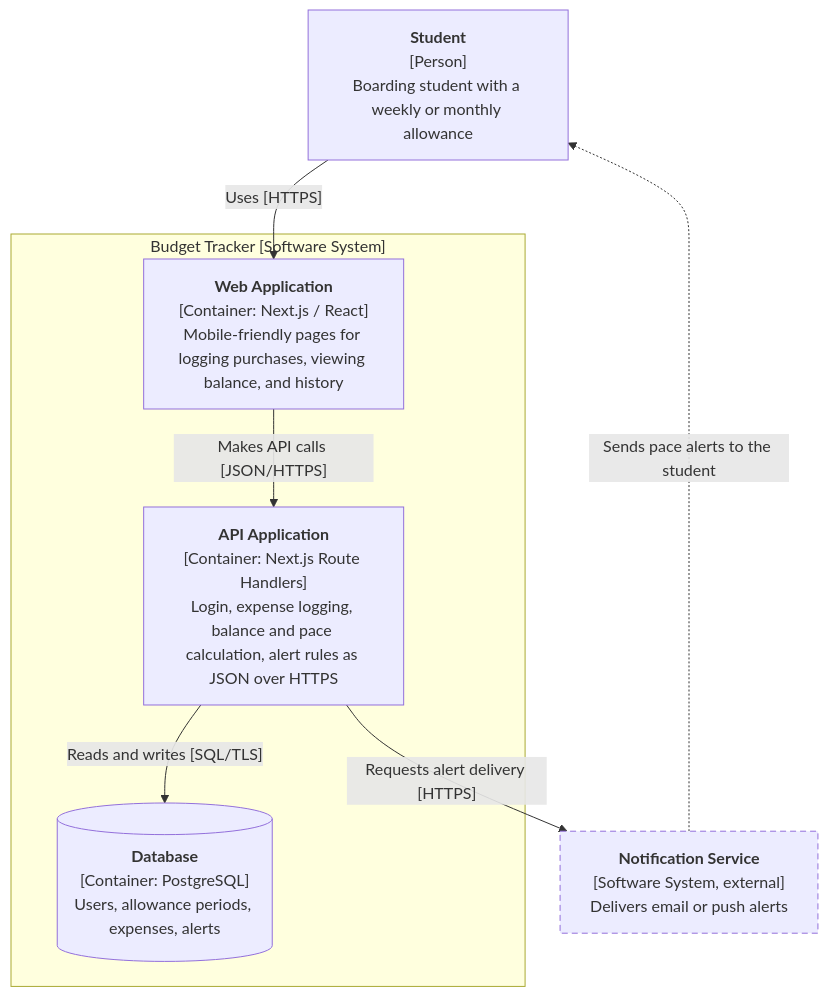
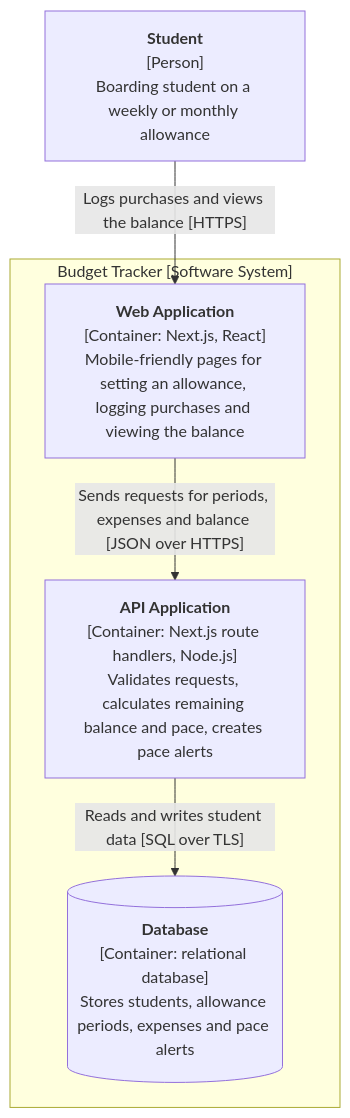
Before and after one commit to angelalegria626-maker/budget-tracker-ryzza: the diagram in docs/architecture/containers.md, drawn with Mermaid. The commit also changed other lines of this file, not shown here.

````diff
--- a/docs/architecture/containers.md
+++ b/docs/architecture/containers.md
@@ -3,16 +3,12 @@
 ```mermaid
 flowchart TB
-  S["<b>Student</b><br/>[Person]<br/>Boarding student with a weekly or monthly allowance"]
-  subgraph SYS["Budget Tracker [Software System]"]
-    W["<b>Web Application</b><br/>[Container: Next.js / React]<br/>Mobile-friendly pages for logging purchases, viewing balance, and history"]
-    A["<b>API Application</b><br/>[Container: Next.js Route Handlers]<br/>Login, expense logging, balance and pace calculation, alert rules as JSON over HTTPS"]
-    D[("<b>Database</b><br/>[Container: PostgreSQL]<br/>Users, allowance periods, expenses, alerts")]
+  S["<b>Student</b><br/>[Person]<br/>Boarding student on a weekly or monthly allowance"]
+  subgraph BT["Budget Tracker [Software System]"]
+    W["<b>Web Application</b><br/>[Container: Next.js, React]<br/>Mobile-friendly pages for setting an allowance, logging purchases and viewing the balance"]
+    A["<b>API Application</b><br/>[Container: Next.js route handlers, Node.js]<br/>Validates requests, calculates remaining balance and pace, creates pace alerts"]
+    D[("<b>Database</b><br/>[Container: relational database]<br/>Stores students, allowance periods, expenses and pace alerts")]
   end
-  N["<b>Notification Service</b><br/>[Software System, external]<br/>Delivers email or push alerts"]
-  S -- "Uses [HTTPS]" --> W
-  W -- "Makes API calls [JSON/HTTPS]" --> A
-  A -- "Reads and writes [SQL/TLS]" --> D
-  A -- "Requests alert delivery [HTTPS]" --> N
-  N -. "Sends pace alerts to the student" .-> S
-  style N stroke-dasharray: 6 4
+  S -->|"Logs purchases and views the balance [HTTPS]"| W
+  W -->|"Sends requests for periods, expenses and balance [JSON over HTTPS]"| A
+  A -->|"Reads and writes student data [SQL over TLS]"| D
 ```
````
